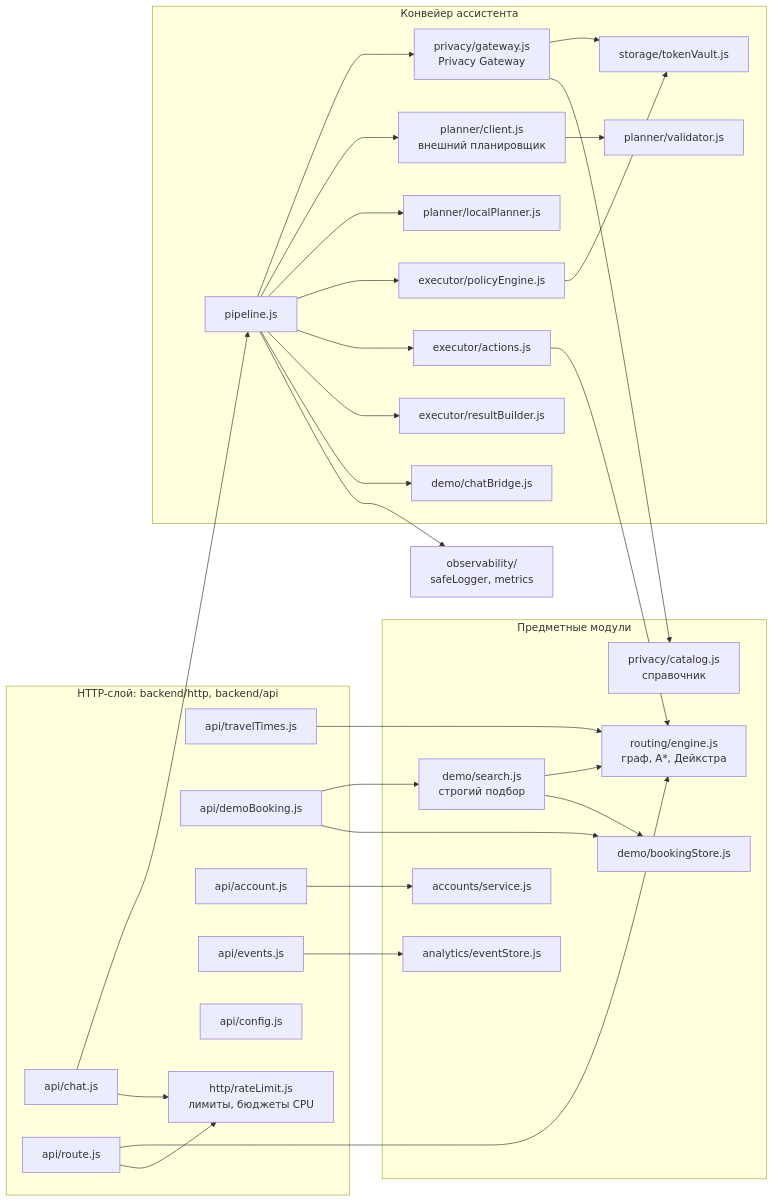
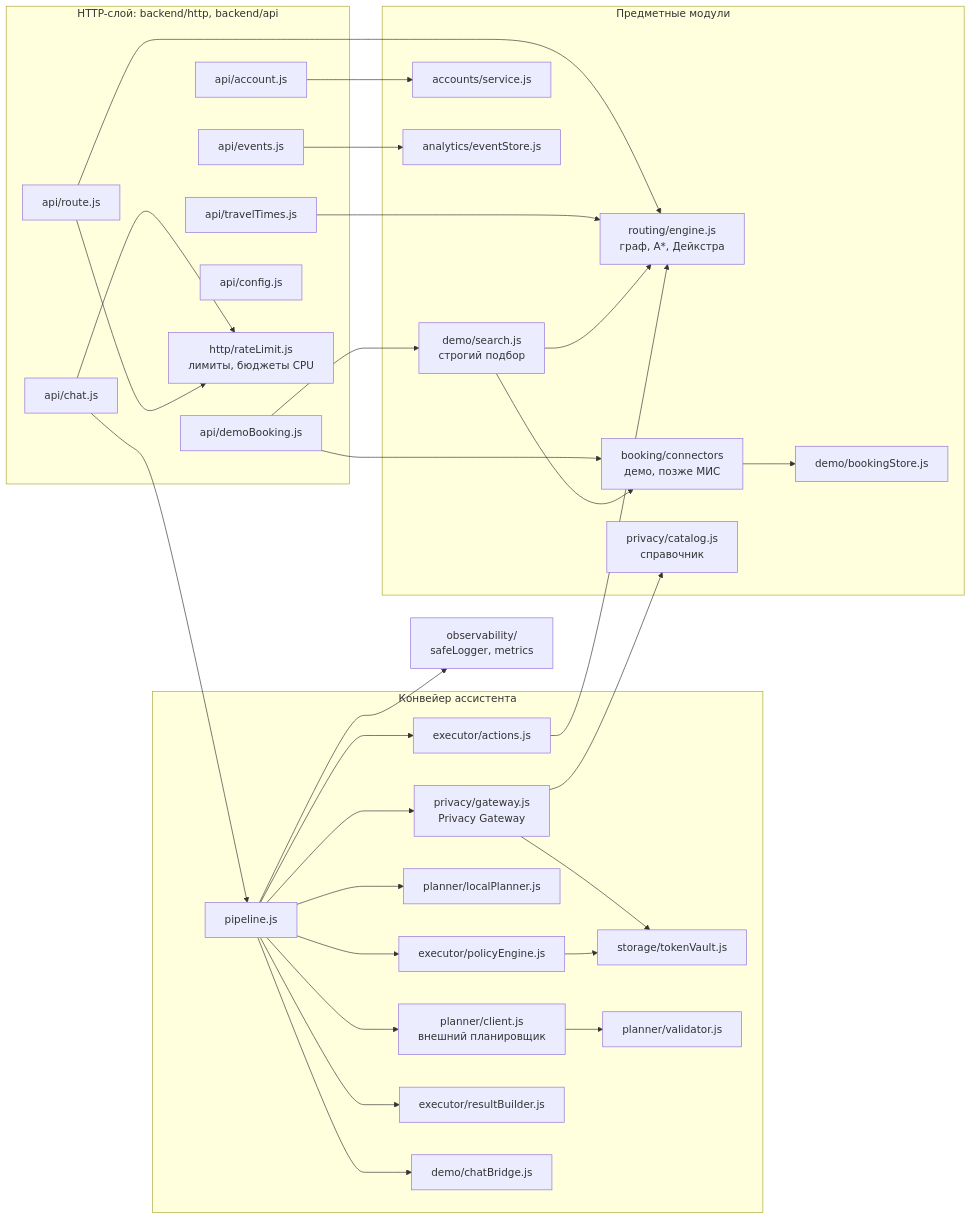
One commit to MaksimMerkushev/MedKarta changed the third of 6 diagrams in docs/02-architecture.md. Above: the diagram before and after it, drawn with Mermaid. The commit also changed other lines of this file and 10 other files, not shown here.

````diff
--- a/docs/02-architecture.md
+++ b/docs/02-architecture.md
@@ -106,62 +106,64 @@
 ```mermaid
 flowchart LR
     subgraph http["HTTP-слой: backend/http, backend/api"]
         chat["api/chat.js"]
         route["api/route.js"]
         tt["api/travelTimes.js"]
         demoapi["api/demoBooking.js"]
         account["api/account.js"]
         events["api/events.js"]
         config["api/config.js"]
         limits["http/rateLimit.js<br/>лимиты, бюджеты CPU"]
     end
 
     subgraph ai["Конвейер ассистента"]
         pipeline["pipeline.js"]
         gateway["privacy/gateway.js<br/>Privacy Gateway"]
         vault["storage/tokenVault.js"]
         planner["planner/client.js<br/>внешний планировщик"]
         local["planner/localPlanner.js"]
         validator["planner/validator.js"]
         policy["executor/policyEngine.js"]
         executor["executor/actions.js"]
         result["executor/resultBuilder.js"]
         bridge["demo/chatBridge.js"]
     end
 
     subgraph domain["Предметные модули"]
         engine["routing/engine.js<br/>граф, A*, Дейкстра"]
         search["demo/search.js<br/>строгий подбор"]
+        connectors["booking/connectors<br/>демо, позже МИС"]
         store["demo/bookingStore.js"]
         accounts["accounts/service.js"]
         analytics["analytics/eventStore.js"]
         catalogmod["privacy/catalog.js<br/>справочник"]
     end
 
     obs["observability/<br/>safeLogger, metrics"]
 
     chat --> pipeline
     pipeline --> gateway
     gateway --> vault
     pipeline --> planner
     pipeline --> local
     planner --> validator
     pipeline --> policy
     policy --> vault
     pipeline --> executor
     executor --> engine
     pipeline --> result
     pipeline --> bridge
     gateway --> catalogmod
     route --> engine
     tt --> engine
     demoapi --> search
-    demoapi --> store
+    demoapi --> connectors
     search --> engine
-    search --> store
+    search --> connectors
+    connectors --> store
     account --> accounts
     events --> analytics
     chat --> limits
     route --> limits
     pipeline --> obs
 ```
````
